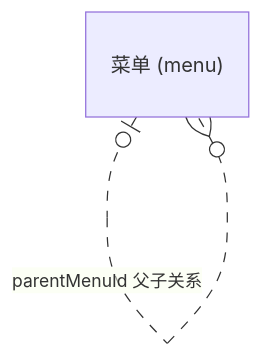
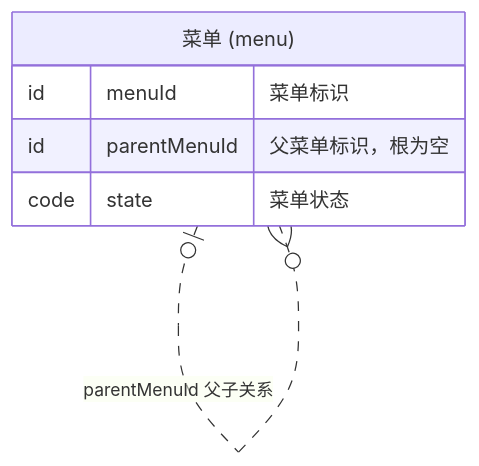
Before and after one commit to exception-coder/team-standards: the second of 2 diagrams in plugins/team-standards/skills/clear-design-docs/references/examples.md, drawn with Mermaid. The commit also changed other lines of this file and 10 other files, not shown here.

First line of the commit message:
fix(design): 要求ER图内保留关键字段与中文含义

````diff
--- a/plugins/team-standards/skills/clear-design-docs/references/examples.md
+++ b/plugins/team-standards/skills/clear-design-docs/references/examples.md
@@ -82,5 +94,9 @@
 ```mermaid
 erDiagram
-    menu["菜单 (menu)"]
+    menu["菜单 (menu)"] {
+        id menuId "菜单标识"
+        id parentMenuId "父菜单标识，根为空"
+        code state "菜单状态"
+    }
     menu |o..o{ menu : "parentMenuId 父子关系"
 ```
````
